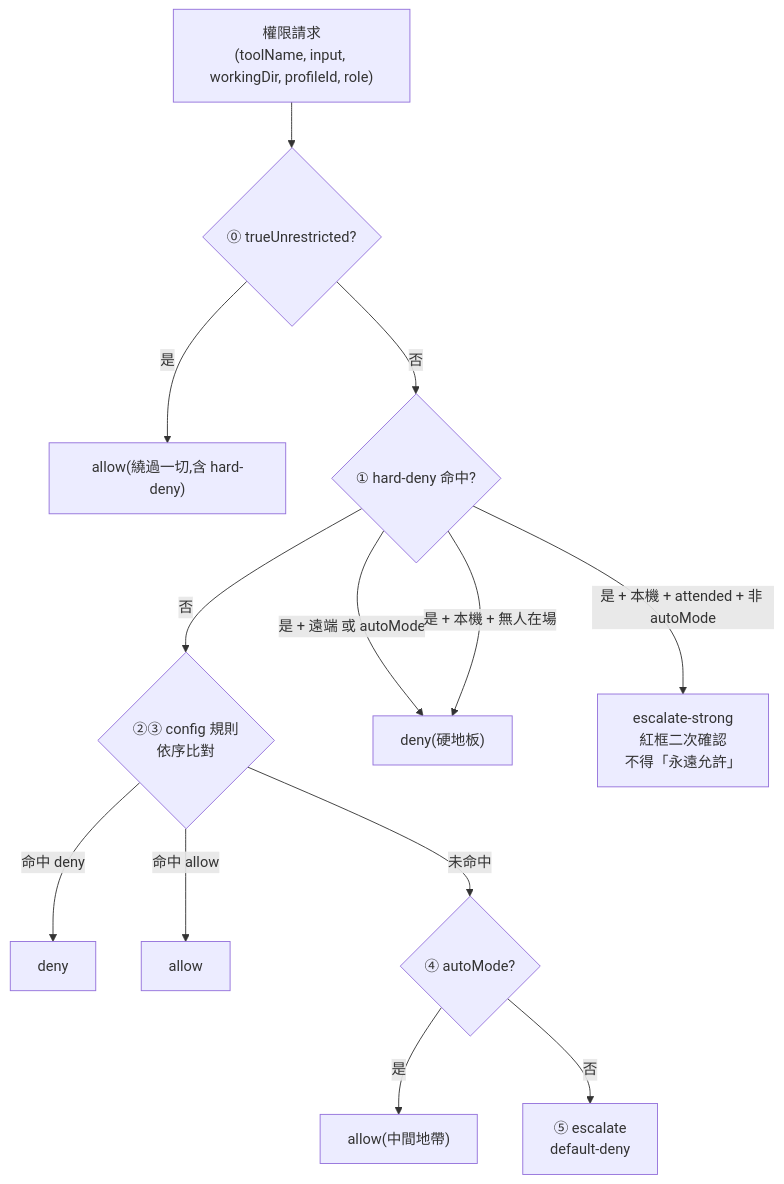
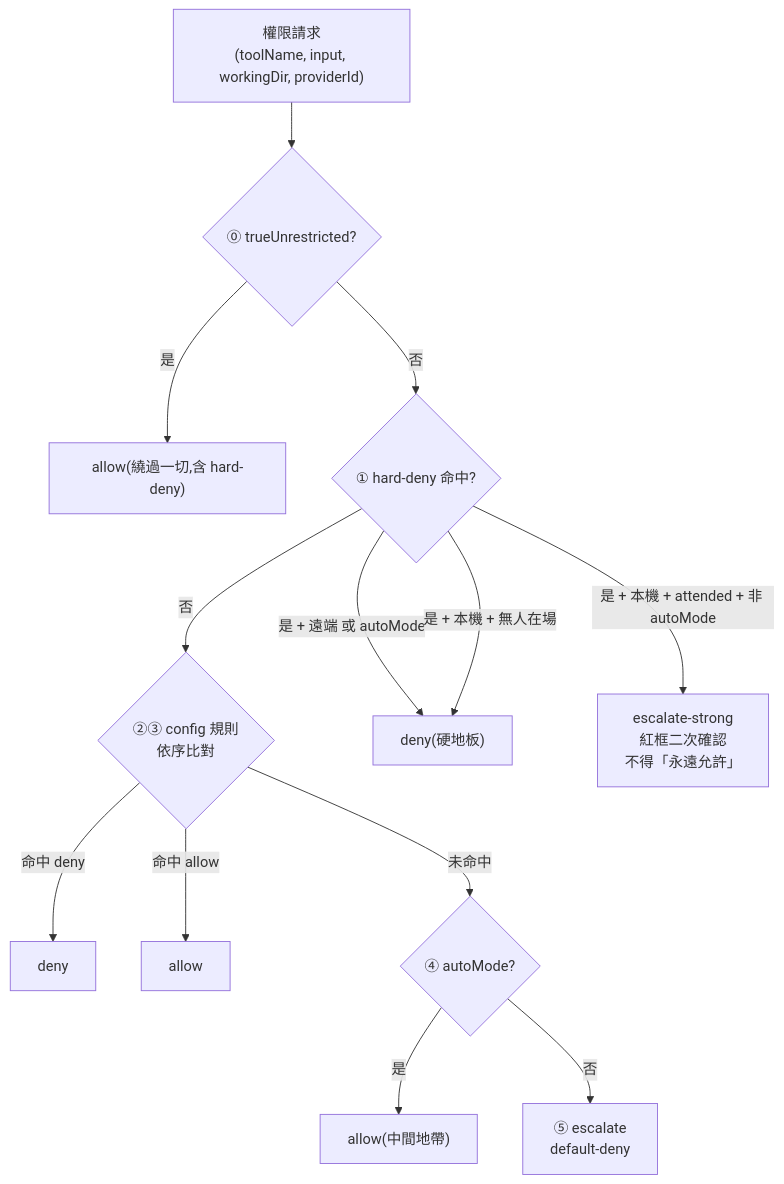
One commit to xing-101729/deskmony changed the third of 4 diagrams in docs/ARCHITECTURE.md. Above: the diagram before and after it, drawn with Mermaid. The commit also changed other lines of this file and 10 other files, not shown here.

````diff
--- a/docs/ARCHITECTURE.md
+++ b/docs/ARCHITECTURE.md
@@ -227,15 +244,15 @@
 ```mermaid
 flowchart TB
-    Req["權限請求<br/>(toolName, input, workingDir, profileId, role)"] --> TU{"⓪ trueUnrestricted?"}
+    Req["權限請求<br/>(toolName, input, workingDir, providerId)"] --> TU{"⓪ trueUnrestricted?"}
     TU -- 是 --> Allow0["allow(繞過一切,含 hard-deny)"]
     TU -- 否 --> HD{"① hard-deny 命中?"}
     HD -- 否 --> Rules{"②③ config 規則<br/>依序比對"}
     HD -- "是 + 遠端 或 autoMode" --> Deny["deny(硬地板)"]
     HD -- "是 + 本機 + attended + 非 autoMode" --> Strong["escalate-strong<br/>紅框二次確認<br/>不得「永遠允許」"]
     HD -- "是 + 本機 + 無人在場" --> Deny
     Rules -- "命中 deny" --> Deny2["deny"]
     Rules -- "命中 allow" --> Allow["allow"]
     Rules -- "未命中" --> Auto{"④ autoMode?"}
     Auto -- 是 --> Allow2["allow(中間地帶)"]
     Auto -- 否 --> Esc["⑤ escalate<br/>default-deny"]
 ```
````
